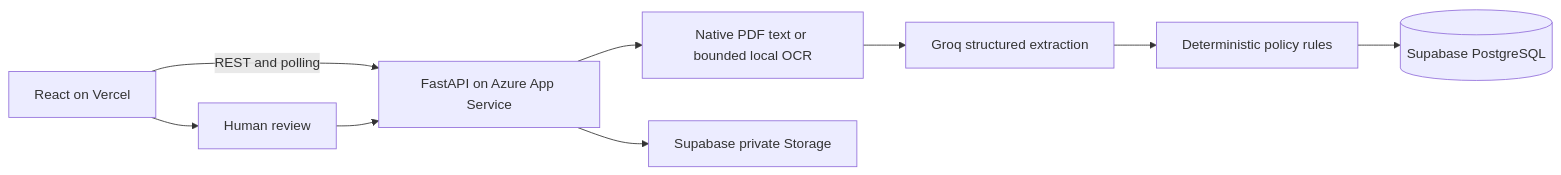
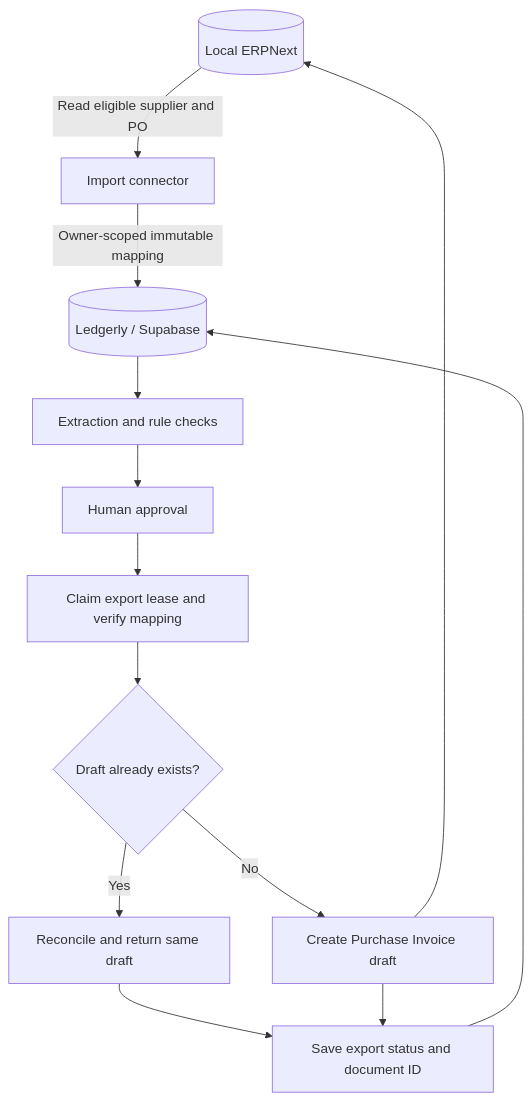
One commit to rock917/ledgerly-ai-invoice-review changed the sixth of 6 diagrams in README.md. Above: the diagram before and after it, drawn with Mermaid. The commit also changed other lines of this file, not shown here.

Commit message:
docs: document Ledgerly architecture and complete invoice lifecycle

````diff
--- a/README.md
+++ b/README.md
@@ -29,11 +336,15 @@
 ```mermaid
-flowchart LR
-  A[React on Vercel] -->|REST and polling| B[FastAPI on Azure App Service]
-  B --> C[Native PDF text or bounded local OCR]
-  C --> D[Groq structured extraction]
-  D --> E[Deterministic policy rules]
-  E --> F[(Supabase PostgreSQL)]
-  B --> G[Supabase private Storage]
-  A --> H[Human review]
-  H --> B
+flowchart TB
+    ERP[(Local ERPNext)] -->|Read eligible supplier and PO| IMPORT[Import connector]
+    IMPORT -->|Owner-scoped immutable mapping| DB[(Ledgerly / Supabase)]
+    DB --> PROCESS[Extraction and rule checks]
+    PROCESS --> HUMAN[Human approval]
+    HUMAN --> CLAIM[Claim export lease and verify mapping]
+    CLAIM --> LOOKUP{Draft already exists?}
+    LOOKUP -->|Yes| REUSE[Reconcile and return same draft]
+    LOOKUP -->|No| CREATE[Create Purchase Invoice draft]
+    CREATE --> ERP
+    REUSE --> TRACK[Save export status and document ID]
+    CREATE --> TRACK
+    TRACK --> DB
 ```
````
